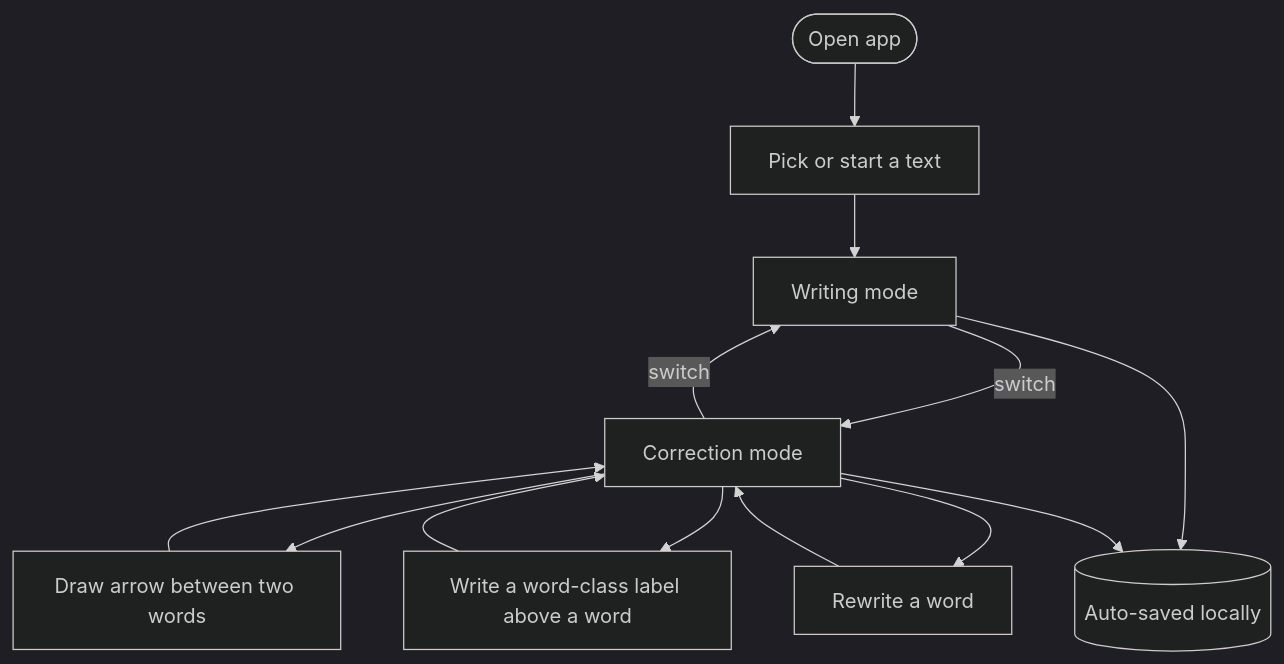
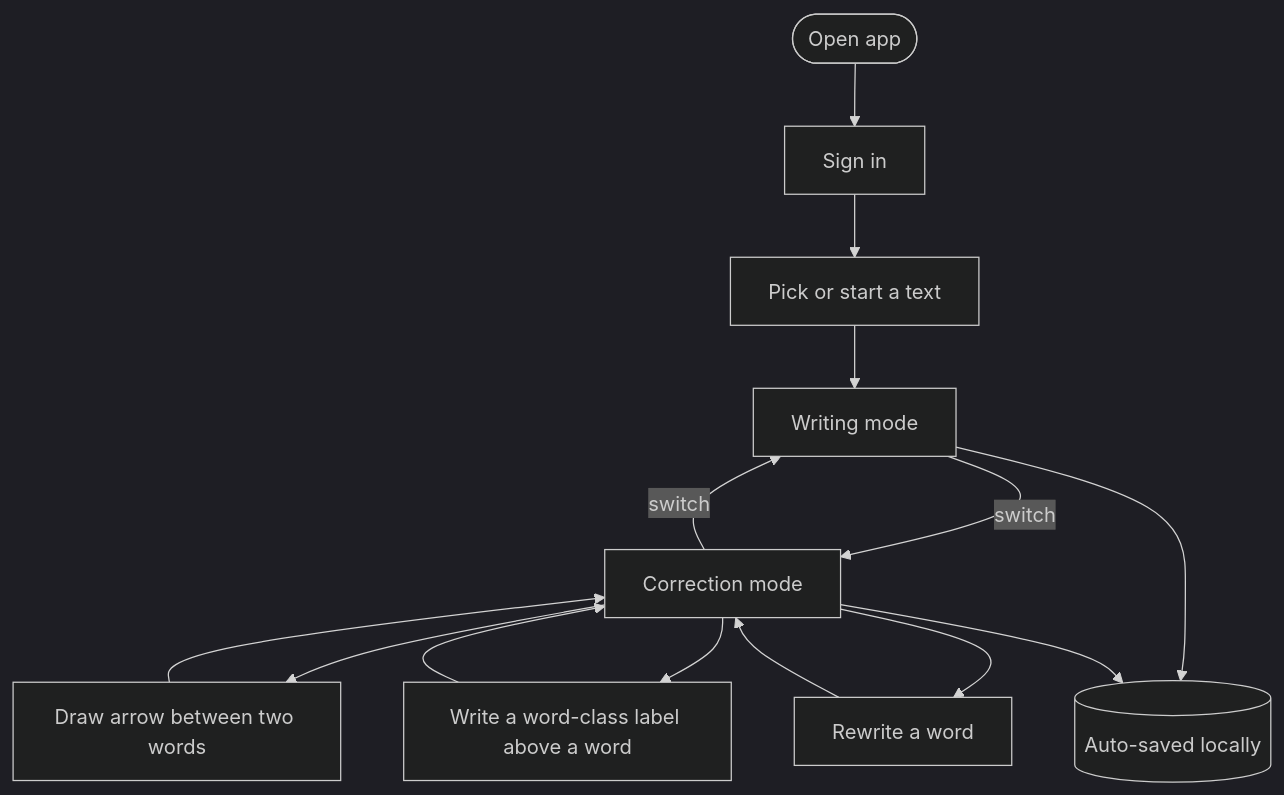
One commit to Zorkyx22/flechettes changed the second of 4 diagrams in architecture.md. Above: the diagram before and after it, drawn with Mermaid (dark theme). The commit also changed other lines of this file and 5 other files, not shown here.

````diff
--- a/architecture.md
+++ b/architecture.md
@@ -49,15 +50,15 @@
 ```mermaid
 flowchart TD
-  Start([Open app]) --> Pick[Pick or start a text]
+  Start([Open app]) --> Login[Sign in] --> Pick[Pick or start a text]
   Pick --> Write[Writing mode]
   Write -->|switch| Correct[Correction mode]
   Correct -->|switch| Write
   Correct --> Arrow[Draw arrow between two words]
   Correct --> Label[Write a word-class label above a word]
   Correct --> Edit[Rewrite a word]
   Arrow --> Correct
   Label --> Correct
   Edit --> Correct
   Write --> Save[(Auto-saved locally)]
   Correct --> Save
 ```
````
